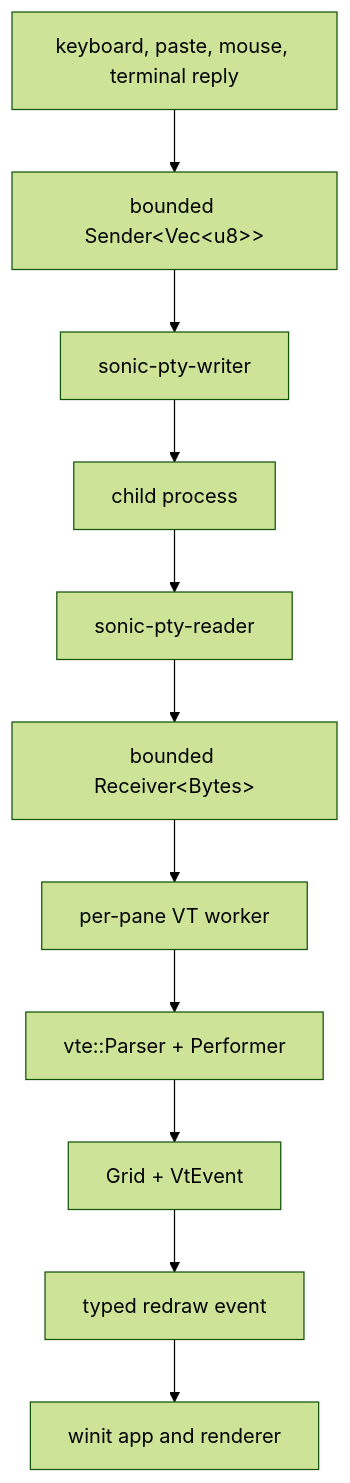
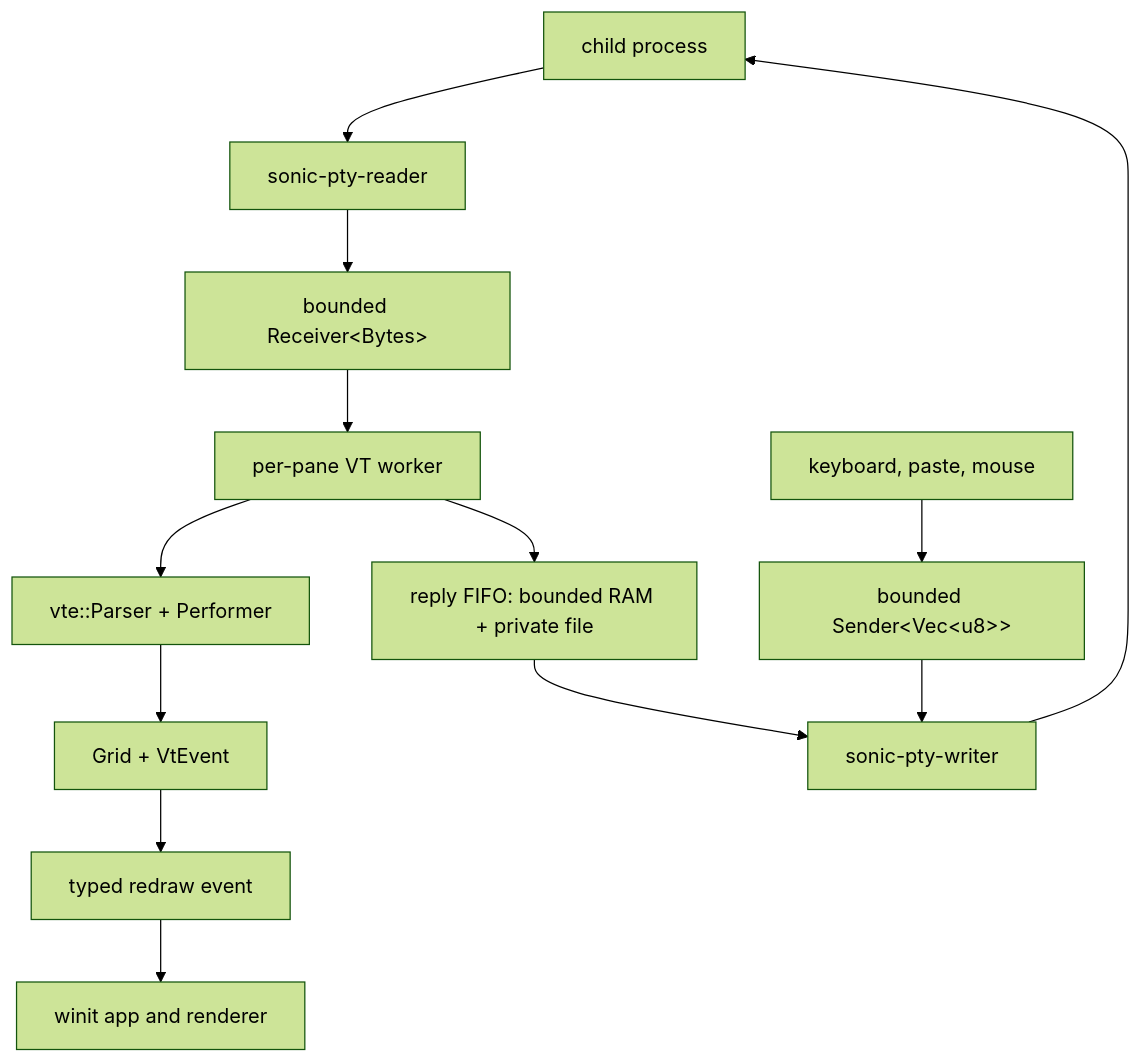
Before and after one commit to D0n9X1n/SonicTerm: the first of 2 diagrams in wiki/Terminal-IO-and-VT.md, drawn with Mermaid (forest theme). The commit also changed other lines of this file and 23 other files, not shown here.

````diff
--- a/wiki/Terminal-IO-and-VT.md
+++ b/wiki/Terminal-IO-and-VT.md
@@ -20,14 +20,16 @@
 ```mermaid
 flowchart TD
     child["child process"] --> reader["sonic-pty-reader"]
     reader --> output["bounded Receiver&lt;Bytes&gt;"]
     output --> worker["per-pane VT worker"]
     worker --> parser["vte::Parser + Performer"]
     parser --> grid["Grid + VtEvent"]
     grid --> redraw["typed redraw event"]
     redraw --> app["winit app and renderer"]
 
-    input["keyboard, paste, mouse, terminal reply"] --> queue["bounded Sender&lt;Vec&lt;u8&gt;&gt;"]
-    queue --> writer["sonic-pty-writer"]
+    input["keyboard, paste, mouse"] --> queue["bounded Sender&lt;Vec&lt;u8&gt;&gt;"]
+    worker --> spool["reply FIFO: bounded RAM + private file"]
+    spool --> writer["sonic-pty-writer"]
+    queue --> writer
     writer --> child
 ```
````
